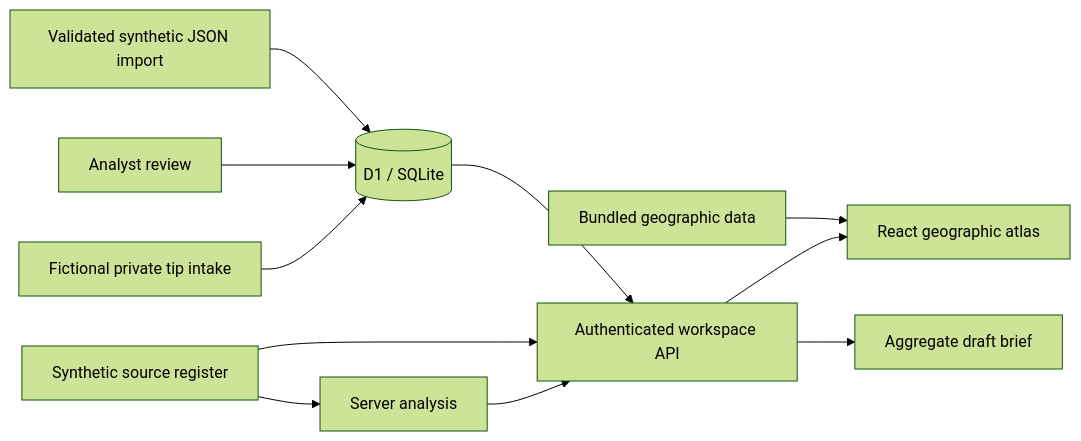
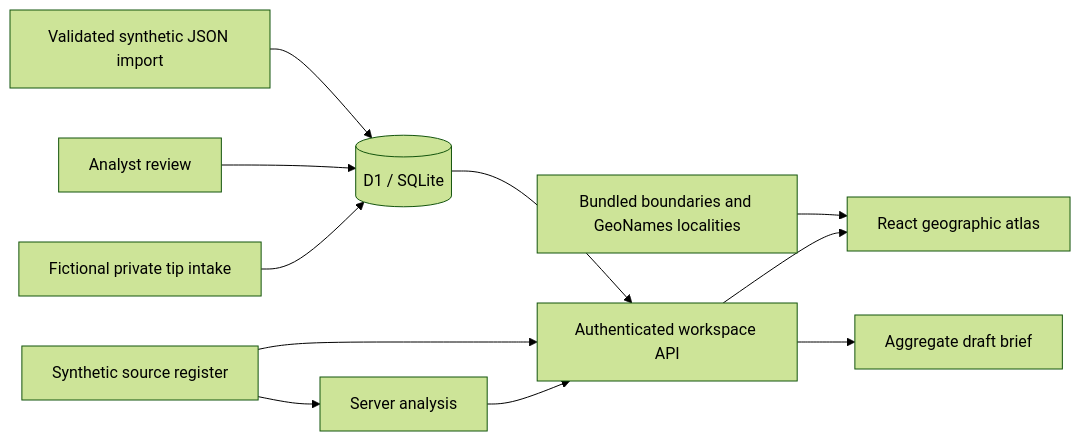
The diagram in web/docs/architecture.md (MaenExists/hackathon), drawn with Mermaid (forest theme) before and after one commit. The commit also changed other lines of this file and 10 other files, not shown here.

````diff
--- a/web/docs/architecture.md
+++ b/web/docs/architecture.md
@@ -5,13 +5,13 @@
 ```mermaid
 flowchart LR
   S[Synthetic source register] --> A[Server analysis]
   I[Validated synthetic JSON import] --> D[(D1 / SQLite)]
   R[Analyst review] --> D
   D --> W[Authenticated workspace API]
   S --> W
   A --> W
-  G[Bundled geographic data] --> M[React geographic atlas]
+  G[Bundled boundaries and GeoNames localities] --> M[React geographic atlas]
   W --> M
   T[Fictional private tip intake] --> D
   W --> B[Aggregate draft brief]
 ```
````
